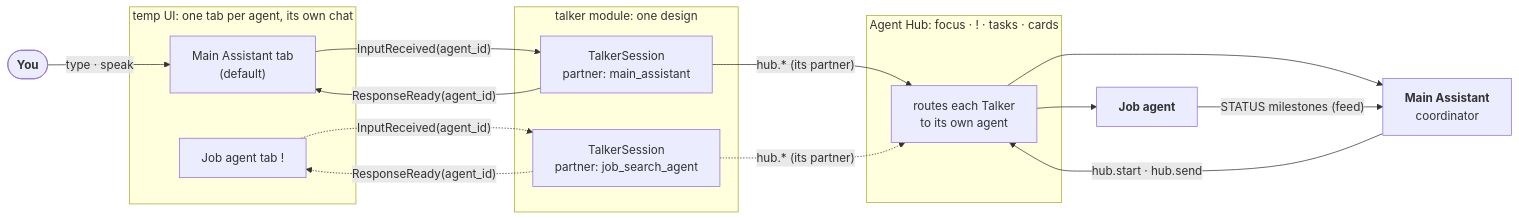
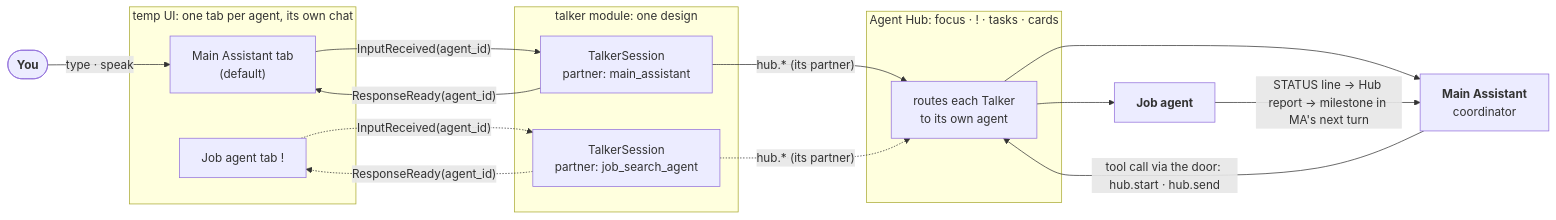
Before and after one commit to sharramon/AI_Assistant: the diagram in docs/next-steps/agent-talkers.md, drawn with Mermaid. The commit also changed other lines of this file and 5 other files, not shown here.

Commit message:
Restructuring proposal: the core and Agent Hub definition page and the piping page (every call flow today and suggested, checks present and missing); agent-talkers' diagram labels name the door and the STATUS path

````diff
--- a/docs/next-steps/agent-talkers.md
+++ b/docs/next-steps/agent-talkers.md
@@ -13,29 +13,29 @@
 ```mermaid
 flowchart LR
     You(["<b>You</b>"])
     subgraph UI["temp UI: one tab per agent, its own chat"]
         TabM["Main Assistant tab<br/>(default)"]
         TabJ["Job agent tab !"]
     end
     subgraph TK["talker module: one design"]
         TM["TalkerSession<br/>partner: main_assistant"]
         TJ["TalkerSession<br/>partner: job_search_agent"]
     end
     subgraph Hub["Agent Hub: focus · ! · tasks · cards"]
         H["routes each Talker<br/>to its own agent"]
     end
     MA["<b>Main Assistant</b><br/>coordinator"]
     JA["<b>Job agent</b>"]
 
     You -- "type · speak" --> TabM
     TabM -- "InputReceived(agent_id)" --> TM
     TabJ -. "InputReceived(agent_id)" .-> TJ
     TM -- "hub.* (its partner)" --> H
     TJ -. "hub.* (its partner)" .-> H
     H --> MA
     H --> JA
-    JA -- "STATUS milestones (feed)" --> MA
-    MA -- "hub.start · hub.send" --> H
+    JA -- "STATUS line → Hub report → milestone in MA's next turn" --> MA
+    MA -- "tool call via the door: hub.start · hub.send" --> H
     TM -- "ResponseReady(agent_id)" --> TabM
     TJ -. "ResponseReady(agent_id)" .-> TabJ
 ```
````
